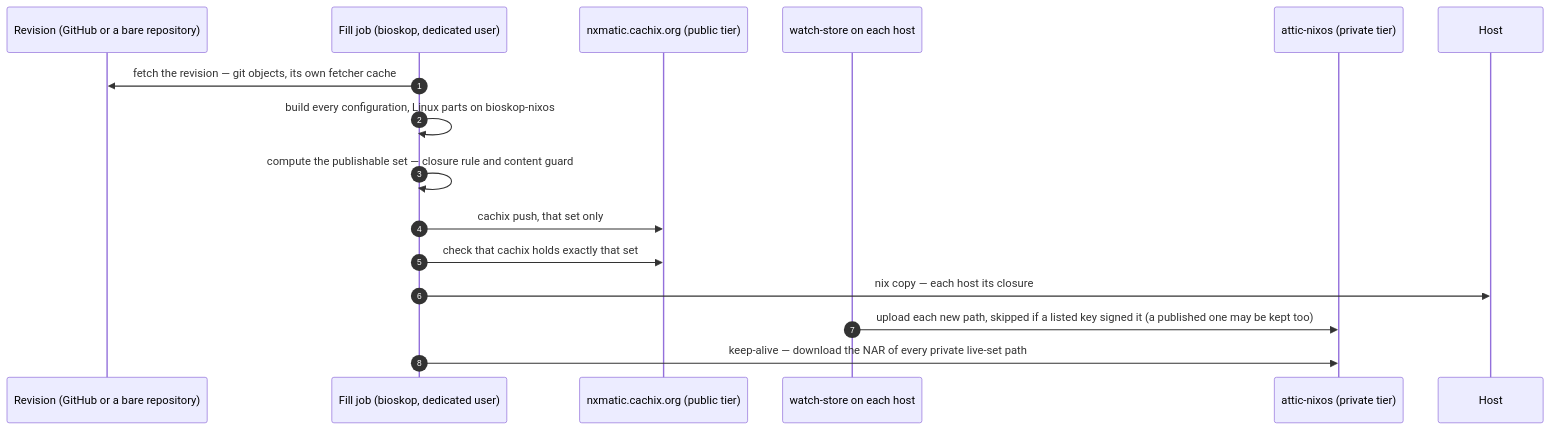
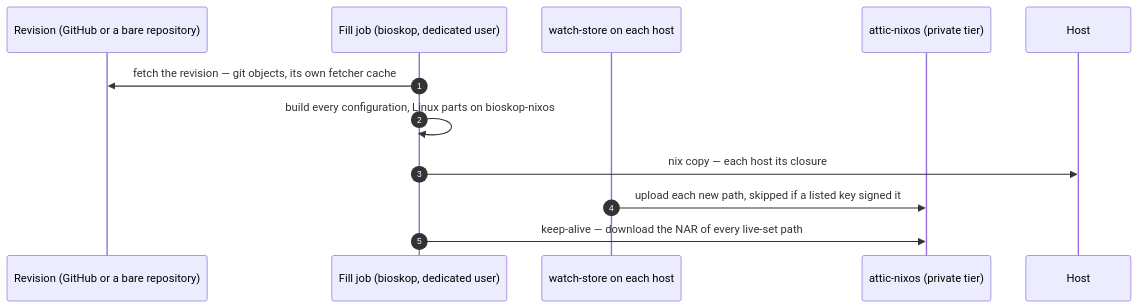
The fourth of 14 diagrams in docs/private-binary-cache-spec.adoc (seedmatic/ndh), drawn with Mermaid before and after one commit. The commit also changed other lines of this file and 1 other file, not shown here.

```diff
--- a/docs/private-binary-cache-spec.adoc
+++ b/docs/private-binary-cache-spec.adoc
@@ -591,19 +573,15 @@
 [mermaid]
 ....
 sequenceDiagram
   autonumber
   participant G as Revision (GitHub or a bare repository)
   participant F as Fill job (bioskop, dedicated user)
-  participant C as nxmatic.cachix.org (public tier)
   participant W as watch-store on each host
   participant A as attic-nixos (private tier)
   participant H as Host
   F->>G: fetch the revision — git objects, its own fetcher cache
   F->>F: build every configuration, Linux parts on bioskop-nixos
-  F->>F: compute the publishable set — closure rule and content guard
-  F->>C: cachix push, that set only
-  F->>C: check that cachix holds exactly that set
   F->>H: nix copy — each host its closure
-  W->>A: upload each new path, skipped if a listed key signed it (a published one may be kept too)
-  F->>A: keep-alive — download the NAR of every private live-set path
+  W->>A: upload each new path, skipped if a listed key signed it
+  F->>A: keep-alive — download the NAR of every live-set path
 ....
```
